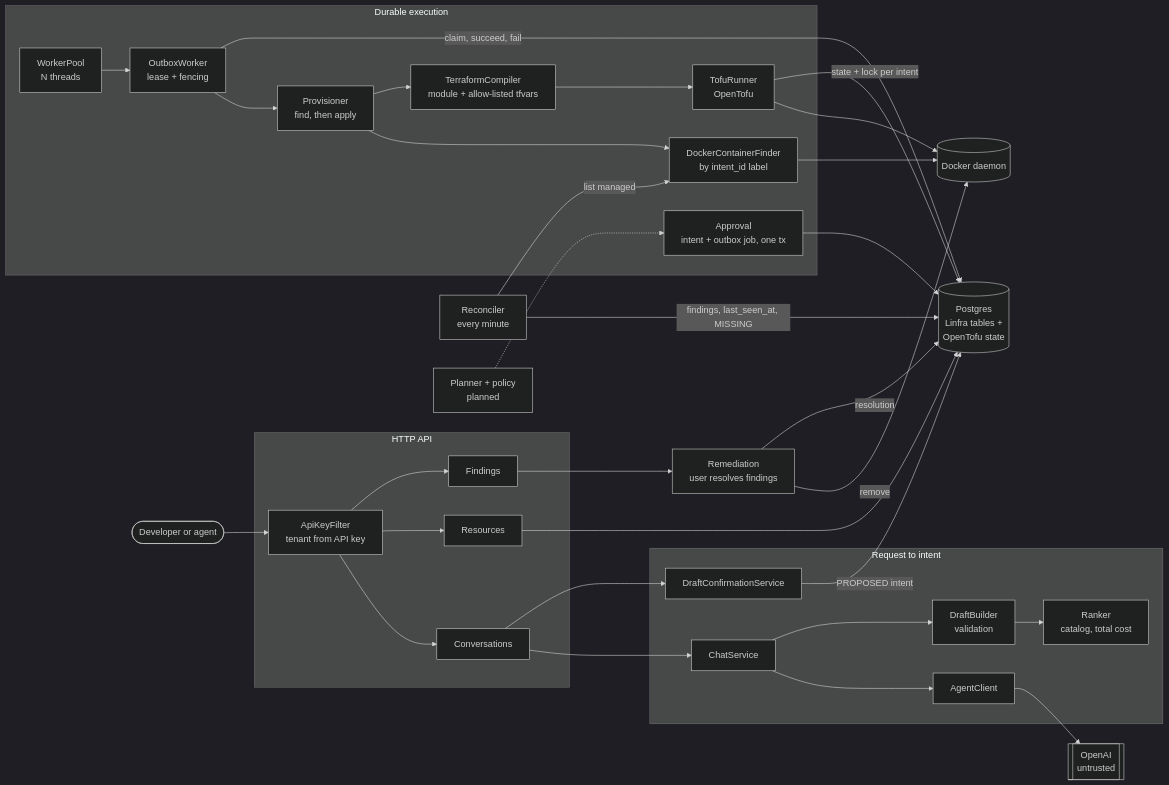
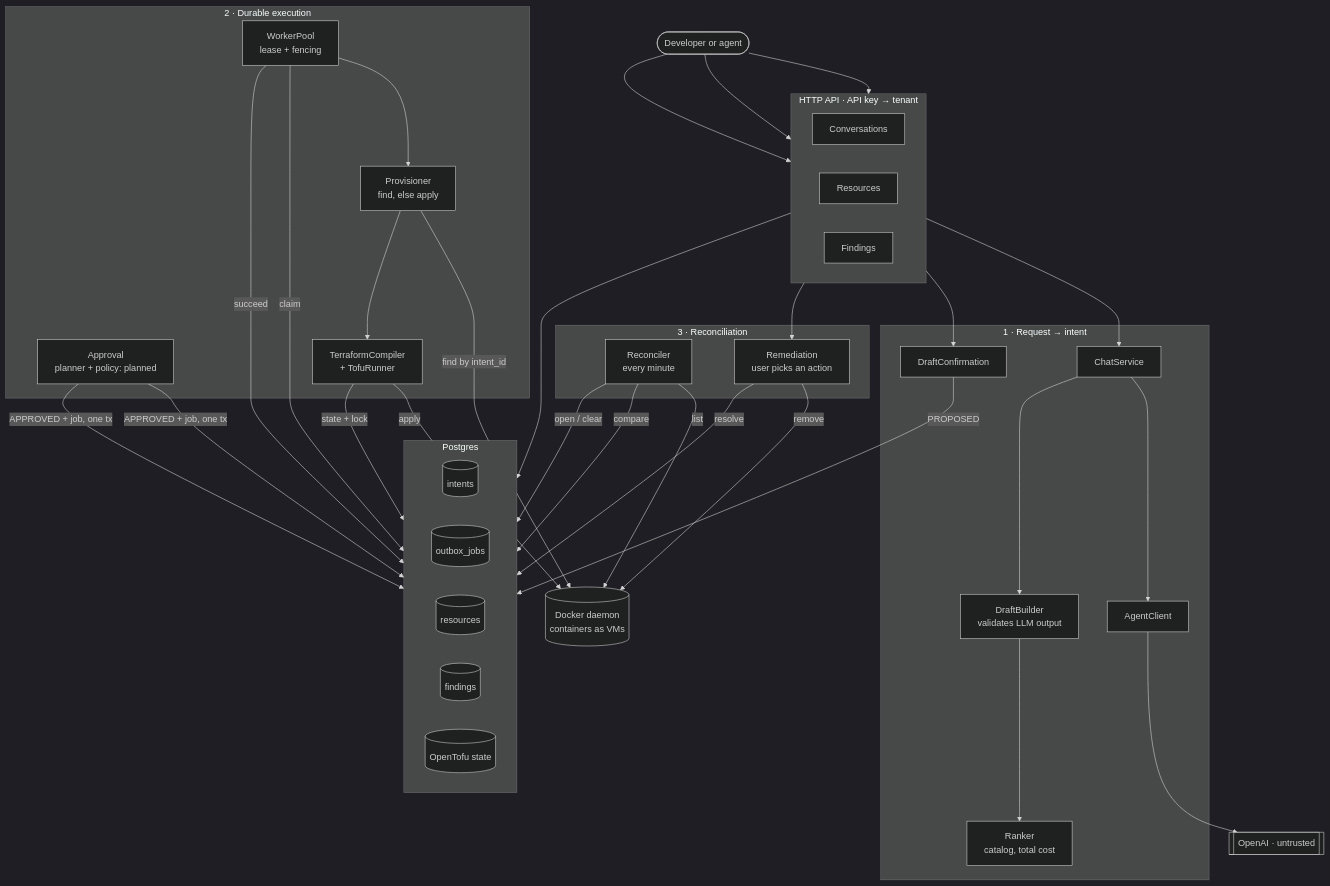
One commit to enismustafaj/linfra-be changed the diagram in README.md. Above: the diagram before and after it, drawn with Mermaid (dark theme).

````diff
--- a/README.md
+++ b/README.md
@@ -30,55 +30,64 @@
 ```mermaid
-flowchart LR
+flowchart TB
     client([Developer or agent])
-    llm[[OpenAI<br/>untrusted]]
-    docker[(Docker daemon)]
 
-    subgraph api[HTTP API]
-        auth[ApiKeyFilter<br/>tenant from API key]
+    subgraph api["HTTP API · API key → tenant"]
+        direction LR
         conv[Conversations]
         res[Resources]
         findapi[Findings]
     end
 
-    subgraph chat[Request to intent]
+    subgraph chat["1 · Request → intent"]
         chatsvc[ChatService]
         agent[AgentClient]
-        drafts[DraftBuilder<br/>validation]
+        drafts[DraftBuilder<br/>validates LLM output]
         ranker[Ranker<br/>catalog, total cost]
-        confirm[DraftConfirmationService]
+        confirm[DraftConfirmation]
     end
 
-    subgraph exec[Durable execution]
-        approve[Approval<br/>intent + outbox job, one tx]
-        pool[WorkerPool<br/>N threads]
-        worker[OutboxWorker<br/>lease + fencing]
-        prov[Provisioner<br/>find, then apply]
-        compiler[TerraformCompiler<br/>module + allow-listed tfvars]
-        tofu[TofuRunner<br/>OpenTofu]
-        finder[DockerContainerFinder<br/>by intent_id label]
+    subgraph exec["2 · Durable execution"]
+        approve[Approval<br/>planner + policy: planned]
+        pool[WorkerPool<br/>lease + fencing]
+        prov[Provisioner<br/>find, else apply]
+        tofu[TerraformCompiler<br/>+ TofuRunner]
     end
 
-    recon[Reconciler<br/>every minute]
-    remed[Remediation<br/>user resolves findings]
-    planned[Planner + policy<br/>planned]
+    subgraph reconcile["3 · Reconciliation"]
+        reconciler[Reconciler<br/>every minute]
+        remed[Remediation<br/>user picks an action]
+    end
 
-    db[(Postgres<br/>Linfra tables +<br/>OpenTofu state)]
+    subgraph pg["Postgres"]
+        direction LR
+        intents[(intents)]
+        outbox[(outbox_jobs)]
+        resources[(resources)]
+        findings[(findings)]
+        state[(OpenTofu state)]
+    end
 
-    client --> auth --> conv & res & findapi
+    llm[[OpenAI · untrusted]]
+    docker[(Docker daemon<br/>containers as VMs)]
+
+    client --> conv & res & findapi
+
     conv --> chatsvc --> agent --> llm
     chatsvc --> drafts --> ranker
-    conv --> confirm
-    confirm -- PROPOSED intent --> db
-    planned -.-> approve --> db
-    pool --> worker --> prov
-    worker -- claim, succeed, fail --> db
-    prov --> finder --> docker
-    prov --> compiler --> tofu --> docker
-    tofu -- state + lock per intent --> db
-    recon -- list managed --> finder
-    recon -- findings, last_seen_at, MISSING --> db
-    findapi --> remed
+    conv --> confirm -- PROPOSED --> intents
+
+    approve -- APPROVED + job, one tx --> intents & outbox
+    pool -- claim --> outbox
+    pool --> prov
+    prov -- find by intent_id --> docker
+    prov --> tofu -- apply --> docker
+    tofu -- state + lock --> state
+    pool -- succeed --> resources
+
+    reconciler -- list --> docker
+    reconciler -- compare --> resources
+    reconciler -- open / clear --> findings
+    findapi --> remed -- resolve --> findings
     remed -- remove --> docker
-    remed -- resolution --> db
-    res --> db
+    res --> resources
 ```
````
